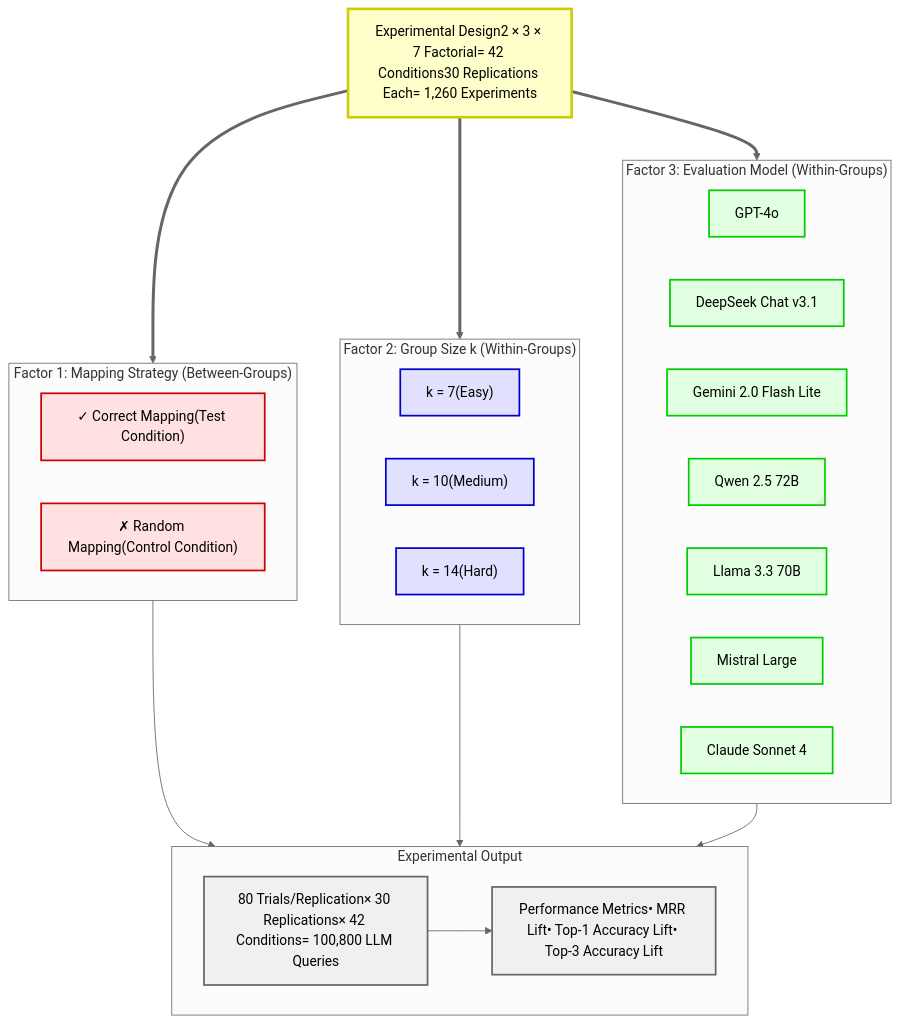
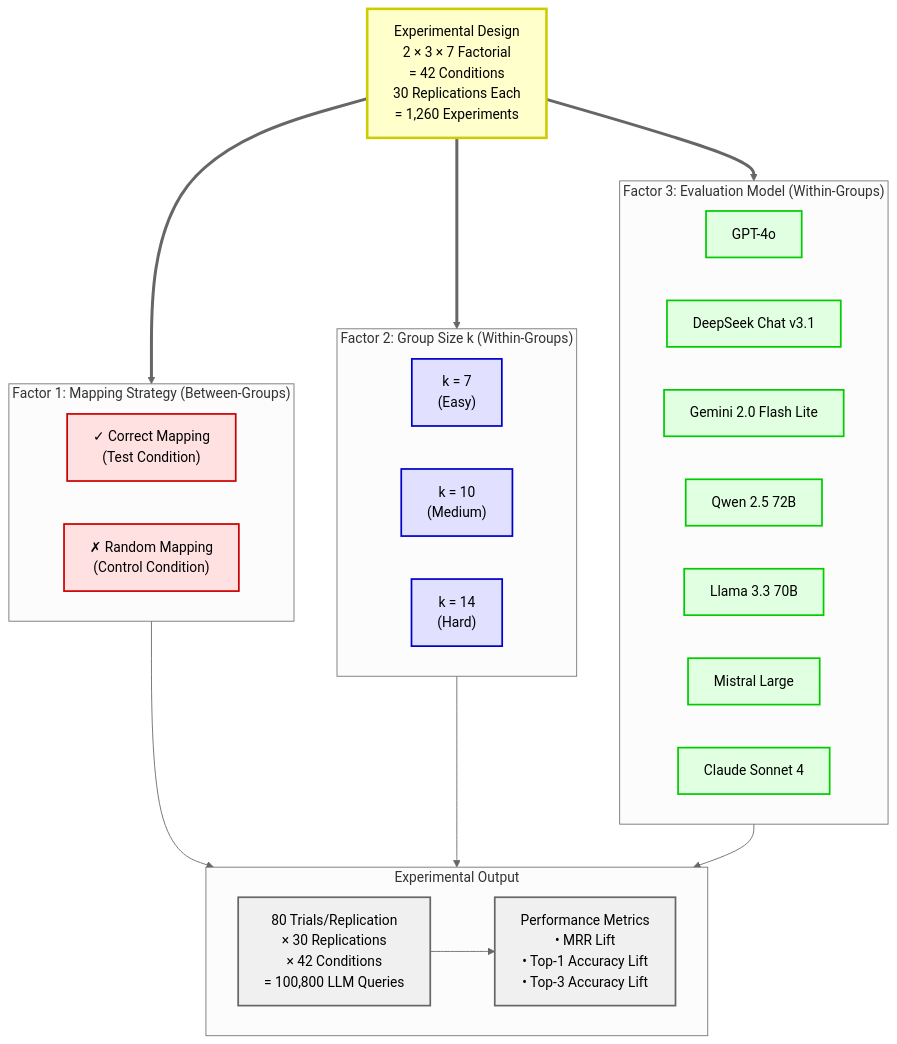
Before and after one commit to peterjmarko/llm-narrative-framework: the diagram in docs/diagrams/design_factorial_experiment.mmd, drawn with Mermaid (neutral theme). The commit also changed 20 other files, not shown here.

```diff
--- a/docs/diagrams/design_factorial_experiment.mmd
+++ b/docs/diagrams/design_factorial_experiment.mmd
@@ -1,48 +1,48 @@
 graph TB
-    DESIGN["Experimental Design2 × 3 × 7 Factorial= 42 Conditions30 Replications Each= 1,260 Experiments"]
+    DESIGN["Experimental Design<br>2 × 3 × 7 Factorial<br>= 42 Conditions<br>30 Replications Each<br>= 1,260 Experiments"]
     
     subgraph FACTOR1["Factor 1: Mapping Strategy (Between-Groups)"]
-        CORRECT["✓ Correct Mapping(Test Condition)"]
-        RANDOM["✗ Random Mapping(Control Condition)"]
+        CORRECT["✓ Correct Mapping<br>(Test Condition)"]
+        RANDOM["✗ Random Mapping<br>(Control Condition)"]
     end
     
     subgraph FACTOR2["Factor 2: Group Size k (Within-Groups)"]
-        K7["k = 7(Easy)"]
-        K10["k = 10(Medium)"]
-        K14["k = 14(Hard)"]
+        K7["k = 7<br>(Easy)"]
+        K10["k = 10<br>(Medium)"]
+        K14["k = 14<br>(Hard)"]
     end
     
     subgraph FACTOR3["Factor 3: Evaluation Model (Within-Groups)"]
         M1["GPT-4o"]
         M2["DeepSeek Chat v3.1"]
         M3["Gemini 2.0 Flash Lite"]
         M4["Qwen 2.5 72B"]
         M5["Llama 3.3 70B"]
         M6["Mistral Large"]
         M7["Claude Sonnet 4"]
     end
     
     subgraph OUTPUT["Experimental Output"]
-        TRIALS["80 Trials/Replication× 30 Replications× 42 Conditions= 100,800 LLM Queries"]
-        METRICS["Performance Metrics• MRR Lift• Top-1 Accuracy Lift• Top-3 Accuracy Lift"]
+        TRIALS["80 Trials/Replication<br>× 30 Replications<br>× 42 Conditions<br>= 100,800 LLM Queries"]
+        METRICS["Performance Metrics<br>• MRR Lift<br>• Top-1 Accuracy Lift<br>• Top-3 Accuracy Lift"]
     end
     
     DESIGN ==> FACTOR1
     DESIGN ==> FACTOR2
     DESIGN ==> FACTOR3
     FACTOR1 --> OUTPUT
     FACTOR2 --> OUTPUT
     FACTOR3 --> OUTPUT
     TRIALS --> METRICS
     
     classDef designNode fill:#ffffcc,stroke:#cccc00,stroke-width:3px
     classDef factor1Node fill:#ffe1e1,stroke:#cc0000,stroke-width:2px
     classDef factor2Node fill:#e1e1ff,stroke:#0000cc,stroke-width:2px
     classDef factor3Node fill:#e1ffe1,stroke:#00cc00,stroke-width:2px
     classDef outputNode fill:#f0f0f0,stroke:#666,stroke-width:2px
     
     class DESIGN designNode
     class CORRECT,RANDOM factor1Node
     class K7,K10,K14 factor2Node
     class M1,M2,M3,M4,M5,M6,M7 factor3Node
     class TRIALS,METRICS outputNode
```
